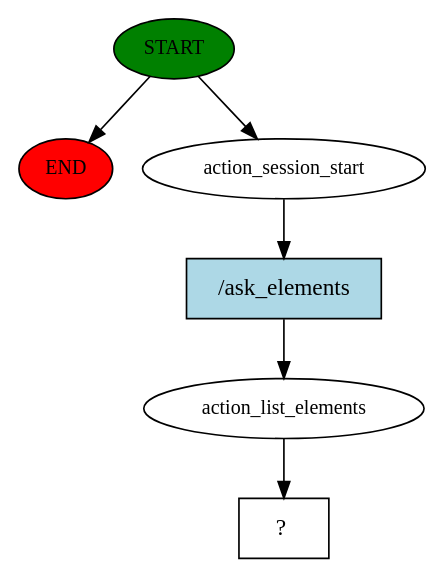
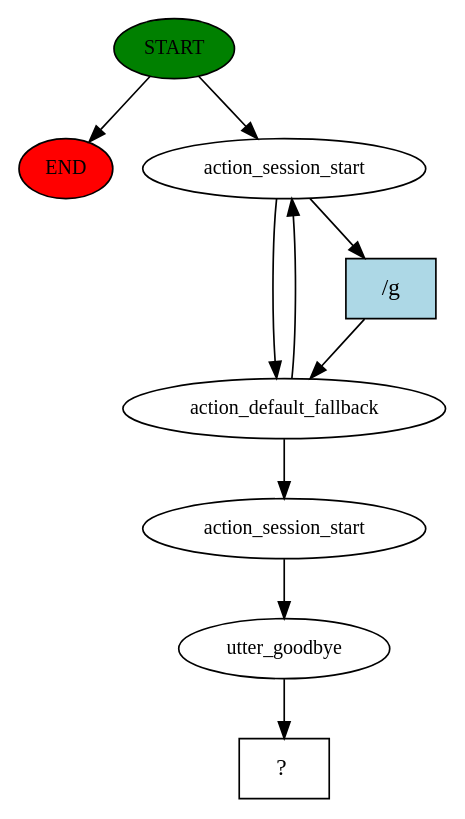
One commit to yb403/ChatBotAI-costumer-service changed the diagram in story_graph.dot. Above: the diagram before and after it, drawn with Graphviz. The commit also changed 2 other files, not shown here.

Commit message:
Add goodbye utterance and update NLU and story configurations

```diff
--- a/story_graph.dot
+++ b/story_graph.dot
@@ -1,13 +1,19 @@
 digraph  {
 0 [class="start active", fillcolor=green, fontsize=12, label=START, style=filled];
 "-1" [class=end, fillcolor=red, fontsize=12, label=END, style=filled];
 1 [class=active, fontsize=12, label=action_session_start];
-2 [class=active, fontsize=12, label=action_list_elements];
-3 [class="intent dashed active", label="  ?  ", shape=rect];
-4 [class="intent active", fillcolor=lightblue, label="/ask_elements", shape=rect, style=filled];
+2 [class=active, fontsize=12, label=action_default_fallback];
+17 [class=active, fontsize=12, label=action_session_start];
+18 [class=active, fontsize=12, label=utter_goodbye];
+19 [class="intent dashed active", label="  ?  ", shape=rect];
+20 [class="intent active", fillcolor=lightblue, label="/g", shape=rect, style=filled];
 0 -> "-1"  [class="", key=NONE, label=""];
 0 -> 1  [class=active, key=NONE, label=""];
-1 -> 4  [class=active, key=0];
-2 -> 3  [class=active, key=NONE, label=""];
-4 -> 2  [class=active, key=0];
+1 -> 2  [class=active, key=NONE, label=""];
+1 -> 20  [class=active, key=0];
+2 -> 1  [class=active, key=NONE, label=""];
+2 -> 17  [class=active, key=NONE, label=""];
+17 -> 18  [class=active, key=NONE, label=""];
+18 -> 19  [class=active, key=NONE, label=""];
+20 -> 2  [class=active, key=0];
 }
```
